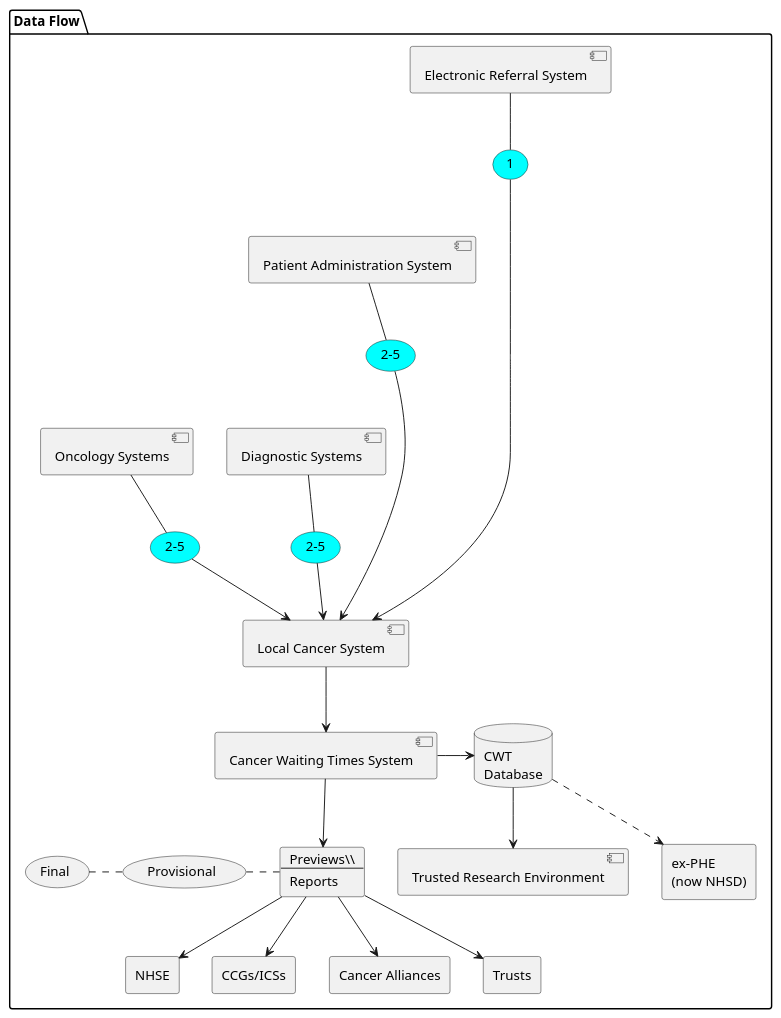
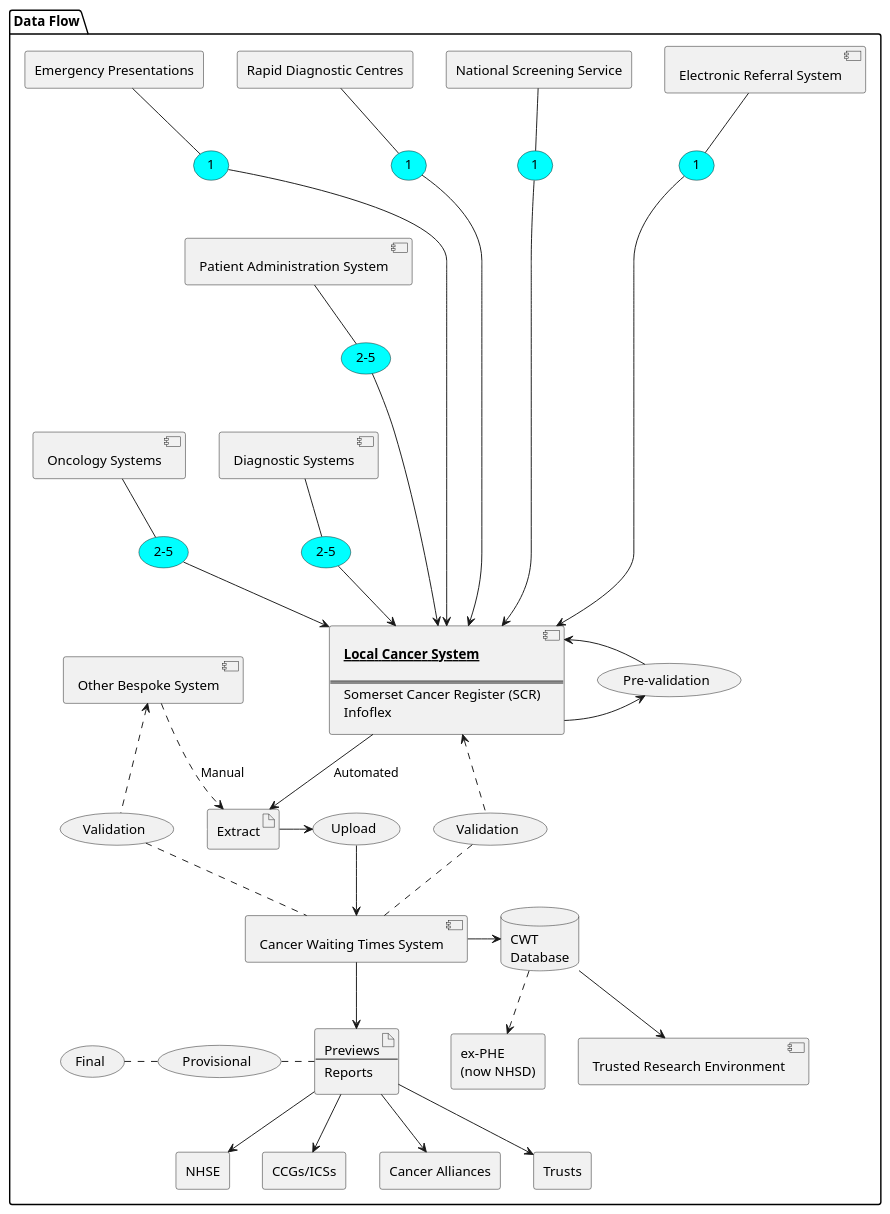
Before and after one commit to nhsx/dt-public: the diagram in CWT/Process/data-flow.puml, drawn with PlantUML. The commit also changed 1 other file, not shown here.

Commit message:
Update file(s) "/." from "nhsx/dt-architecture"

```diff
--- a/CWT/Process/data-flow.puml
+++ b/CWT/Process/data-flow.puml
@@ -1,68 +1,119 @@
 @startuml
+'left to right direction
+package "Data Flow" {
+  component "Electronic Referral System" as ers  
+  rectangle "National Screening Service" as nss
+  rectangle "Rapid Diagnostic Centres" as rdc
+  rectangle "Emergency Presentations" as ep
 
-package "Data Flow" {
-  component "Electronic Referral System" as ers
+
   component "Patient Administration System" as pas
   component "Diagnostic Systems" as ds
   component "Oncology Systems" as os
-  component "Local Cancer System" as lcs
+  component lcs [
+    <b><u>Local Cancer System
+
+    ====
+    Somerset Cancer Register (SCR)
+    Infoflex 
+  ]
   component "Cancer Waiting Times System" as cwt
   component "Trusted Research Environment" as tre
+  component "Other Bespoke System" as oth
 
   database db [
     CWT
     Database
   ]
 
-  card rpt [
-  Previews\\
+  artifact rpt [
+  Previews
   ----
   Reports
   ]
   
-  usecase "1" as p1 #Cyan
+  usecase "1" as p1a #Cyan
+  usecase "1" as p1b #Cyan
+  usecase "1" as p1c #Cyan
+  usecase "1" as p1d #Cyan   
   usecase "2-5" as p25a #Cyan
   usecase "2-5" as p25b #Cyan
   usecase "2-5" as p25c #Cyan  
 
   usecase "Provisional" as prov
   usecase "Final" as final
+
+  usecase "Validation" as vld2 
+  artifact "Extract" as ex
+  usecase "Upload" as up
+  usecase "Pre-validation" as pvd
+  usecase "Validation" as vld
+
   rectangle "NHSE" as nhse
   rectangle "CCGs/ICSs" as ics
   rectangle "Cancer Alliances" as ca
   rectangle "Trusts" as ht
   rectangle "ex-PHE\n(now NHSD)" as nhsd 
 
+}
 
 
-}
 
-ers -- p1
-p1 ------> lcs
+ers -- p1a
+p1a ------> lcs
+
+nss -- p1b
+p1b ------> lcs
+
+rdc -- p1c
+p1c ------> lcs
+
+ep -- p1d
+p1d ------> lcs
+
 pas -- p25a
 p25a ----> lcs
 ds -- p25b
 
 p25b --> lcs
 
 os -- p25c
 p25c --> lcs
 
-lcs --> cwt
+up --> cwt
+
+lcs --> ex : Automated
+ex -> up
 
 cwt -> db
+
+lcs -> pvd
+pvd -> lcs
+
+oth ..> ex : Manual
+
+lcs <.. vld
+vld .. cwt
+
+vld2 .. cwt
+oth <.. vld2
 
 db ..> nhsd
 db --> tre
 
 cwt --> rpt
 
 prov . rpt
 final . prov
 
 rpt --> nhse
 rpt --> ics
 rpt --> ca
 rpt --> ht
 
+' layout 
+up -[#hidden] vld
+vld2 -[#hidden] ex
+' end-layout
+
 @enduml
```
